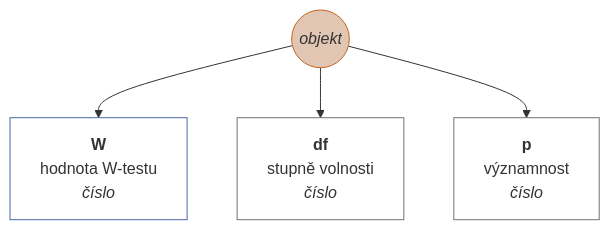
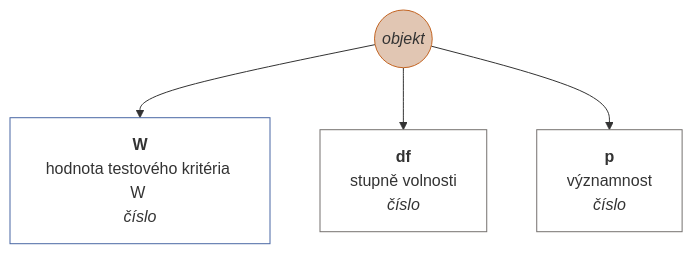
Diagram 23 of 24 in docs/cs-CZ/vector.md (muzikp/retusa), drawn with Mermaid before and after one commit. The commit also changed other lines of this file and 11 other files, not shown here.

````diff
--- a/docs/cs-CZ/vector.md
+++ b/docs/cs-CZ/vector.md
@@ -752,16 +752,16 @@
 ```mermaid
 graph TD
 shapirowilk((<i>objekt</i>))
 style shapirowilk fill:#E1C6B3;
 style shapirowilk stroke:#C36422;
-shapirowilk --> W[<b>W</b><br>hodnota W-testu <br><i>číslo</i>]
+shapirowilk --> W[<b>W</b><br>hodnota testového kritéria W <br><i>číslo</i>]
 style W fill:#FFFFFF;
 style W stroke:#4967A4;
 shapirowilk --> df[<b>df</b><br>stupně volnosti <br><i>číslo</i>]
 style df fill:#FFFFFF;
 style df stroke:#75716F;
 shapirowilk --> p[<b>p</b><br>významnost <br><i>číslo</i>]
 style p fill:#FFFFFF;
 style p stroke:#75716F;
 
 ```
````
